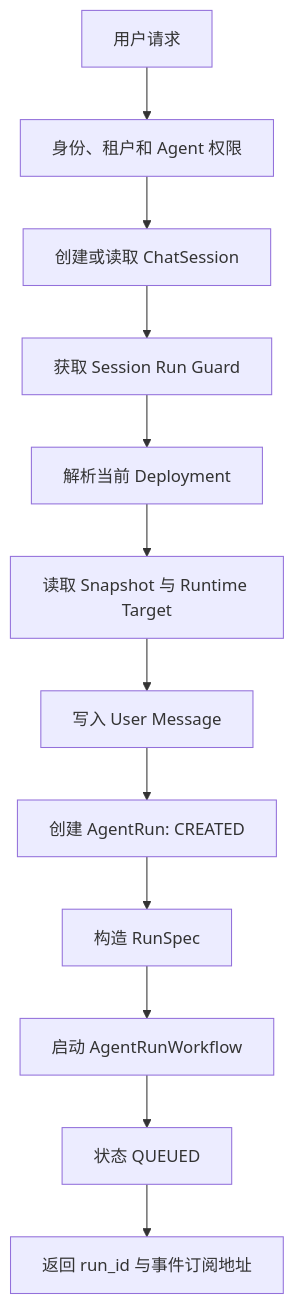
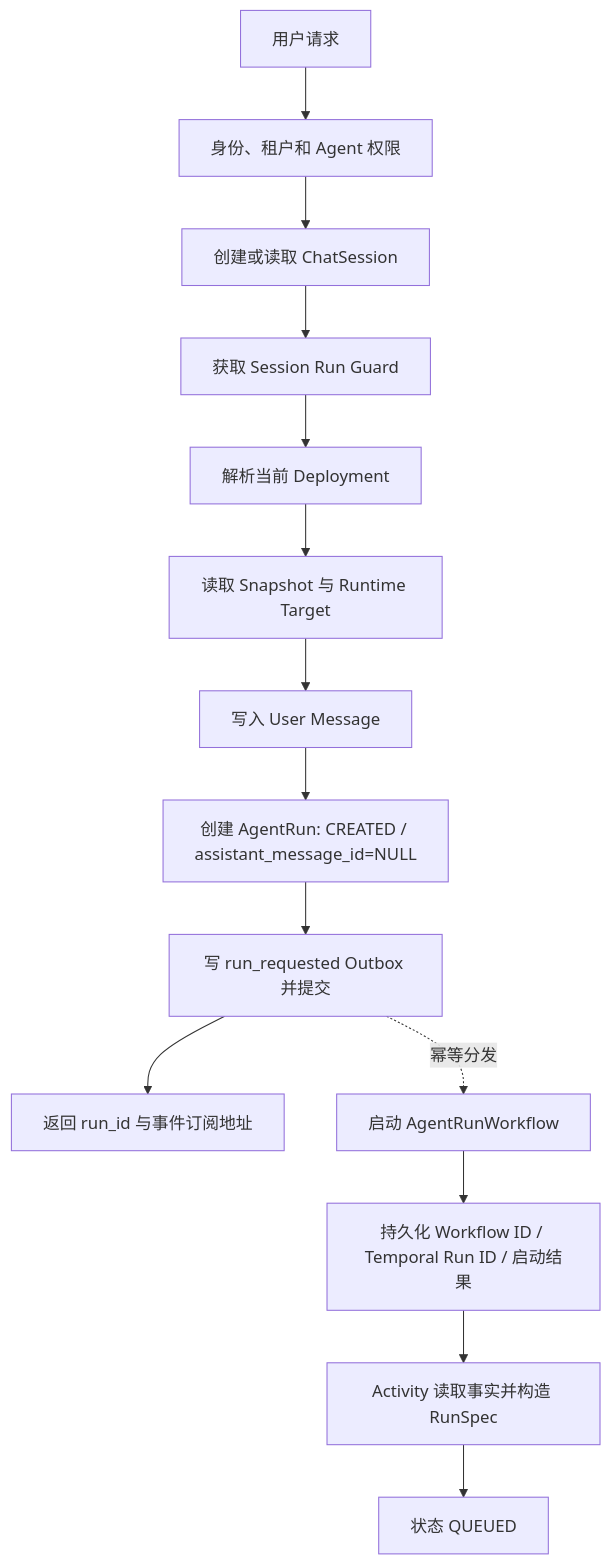
One commit to yuquanhuang/agent-platform changed the fifth of 11 diagrams in docs/agent-platform/Agent平台架构与流程设计.md. Above: the diagram before and after it, drawn with Mermaid. The commit also changed other lines of this file and 114 other files, not shown here.

````diff
--- a/docs/agent-platform/Agent平台架构与流程设计.md
+++ b/docs/agent-platform/Agent平台架构与流程设计.md
@@ -658,14 +658,16 @@
 ```mermaid
 flowchart TD
     REQ["用户请求"] --> AUTH["身份、租户和 Agent 权限"]
     AUTH --> SESSION["创建或读取 ChatSession"]
     SESSION --> LOCK["获取 Session Run Guard"]
     LOCK --> DEPLOY["解析当前 Deployment"]
     DEPLOY --> SNAP["读取 Snapshot 与 Runtime Target"]
     SNAP --> MSG["写入 User Message"]
-    MSG --> RUN["创建 AgentRun: CREATED"]
-    RUN --> SPEC["构造 RunSpec"]
-    SPEC --> WF["启动 AgentRunWorkflow"]
-    WF --> QUEUED["状态 QUEUED"]
-    QUEUED --> RETURN["返回 run_id 与事件订阅地址"]
+    MSG --> RUN["创建 AgentRun: CREATED / assistant_message_id=NULL"]
+    RUN --> OUTBOX["写 run_requested Outbox 并提交"]
+    OUTBOX --> RETURN["返回 run_id 与事件订阅地址"]
+    OUTBOX -. "幂等分发" .-> WF["启动 AgentRunWorkflow"]
+    WF --> MAP["持久化 Workflow ID / Temporal Run ID / 启动结果"]
+    MAP --> SPEC["Activity 读取事实并构造 RunSpec"]
+    SPEC --> QUEUED["状态 QUEUED"]
 ```
````
